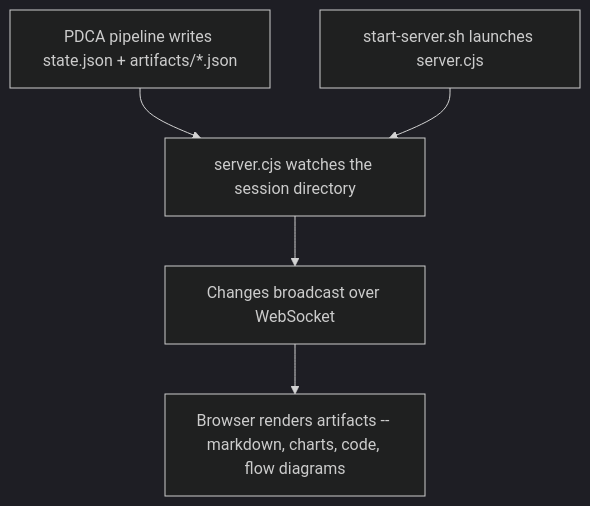
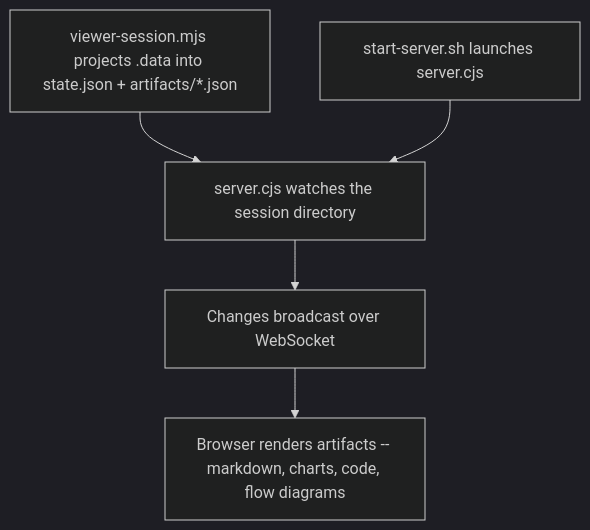
One commit to unclejobs-ai/second-claude-code changed the diagram in docs/skills/viewer.md. Above: the diagram before and after it, drawn with Mermaid (dark theme). The commit also changed other lines of this file and 2 other files, not shown here.

First line of the commit message:
docs(viewer): the user-facing guide still described the flow that never worked

````diff
--- a/docs/skills/viewer.md
+++ b/docs/skills/viewer.md
@@ -52,7 +52,7 @@
 ```mermaid
 graph TD
-    A[PDCA pipeline writes state.json + artifacts/*.json] --> C[server.cjs watches the session directory]
+    A[viewer-session.mjs projects .data into state.json + artifacts/*.json] --> C[server.cjs watches the session directory]
     B[start-server.sh launches server.cjs] --> C
     C --> D[Changes broadcast over WebSocket]
     D --> E[Browser renders artifacts -- markdown, charts, code, flow diagrams]
 ```
````
